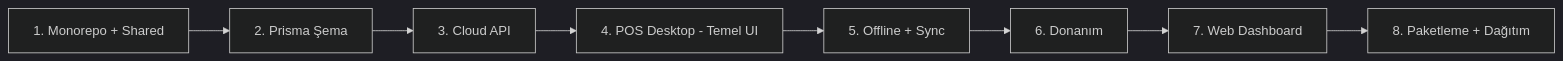
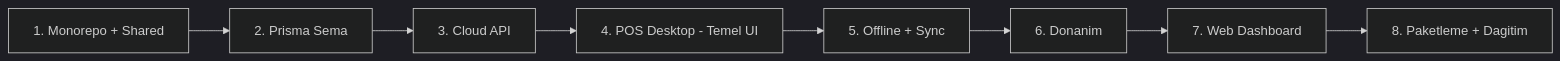
One commit to Hollypredator/marketpos changed the diagram in implementation_plan.md. Above: the diagram before and after it, drawn with Mermaid (dark theme). The commit also changed other lines of this file and 231 other files, not shown here.

````diff
--- a/implementation_plan.md
+++ b/implementation_plan.md
@@ -231,10 +326,10 @@
 ```mermaid
 graph LR
-    A[1. Monorepo + Shared] --> B[2. Prisma Şema]
+    A[1. Monorepo + Shared] --> B[2. Prisma Sema]
     B --> C[3. Cloud API]
     C --> D[4. POS Desktop - Temel UI]
     D --> E[5. Offline + Sync]
-    E --> F[6. Donanım]
+    E --> F[6. Donanim]
     F --> G[7. Web Dashboard]
-    G --> H[8. Paketleme + Dağıtım]
+    G --> H[8. Paketleme + Dagitim]
 ```
````
